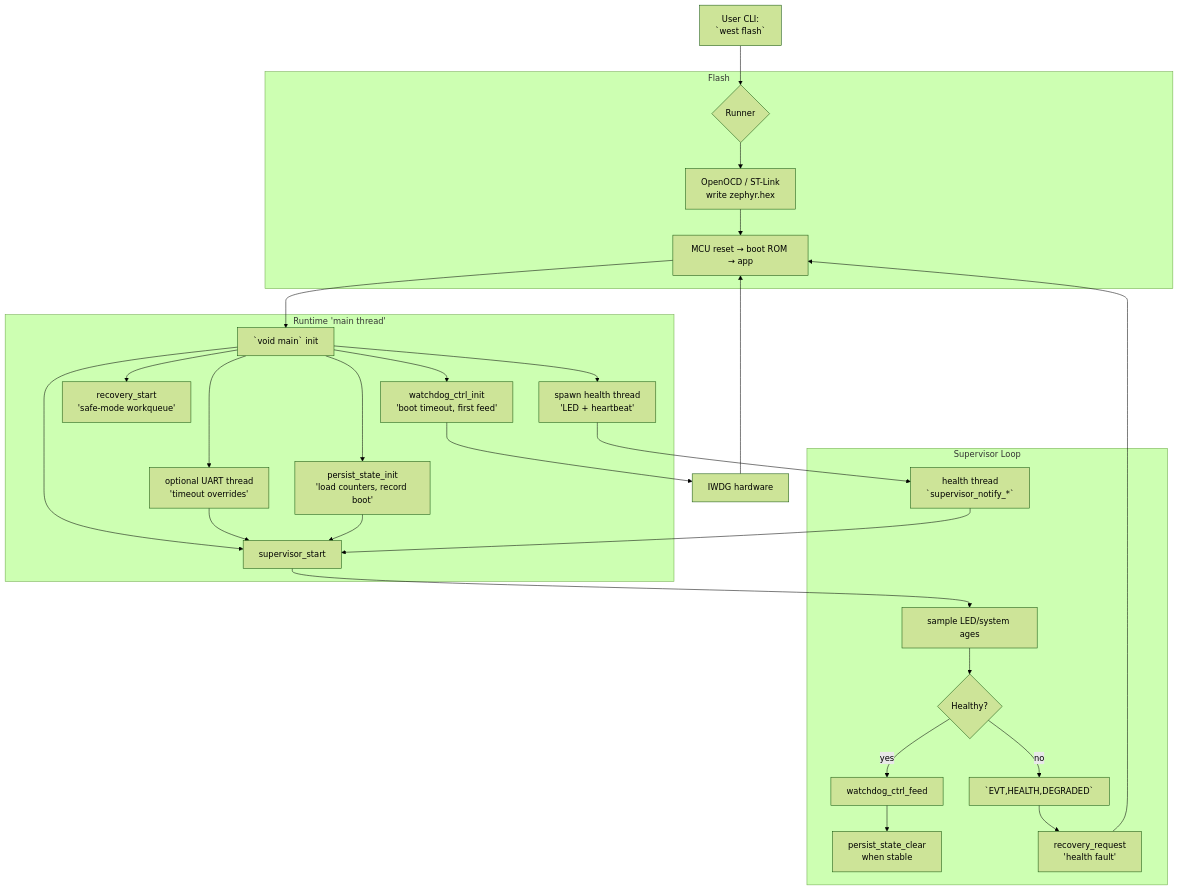
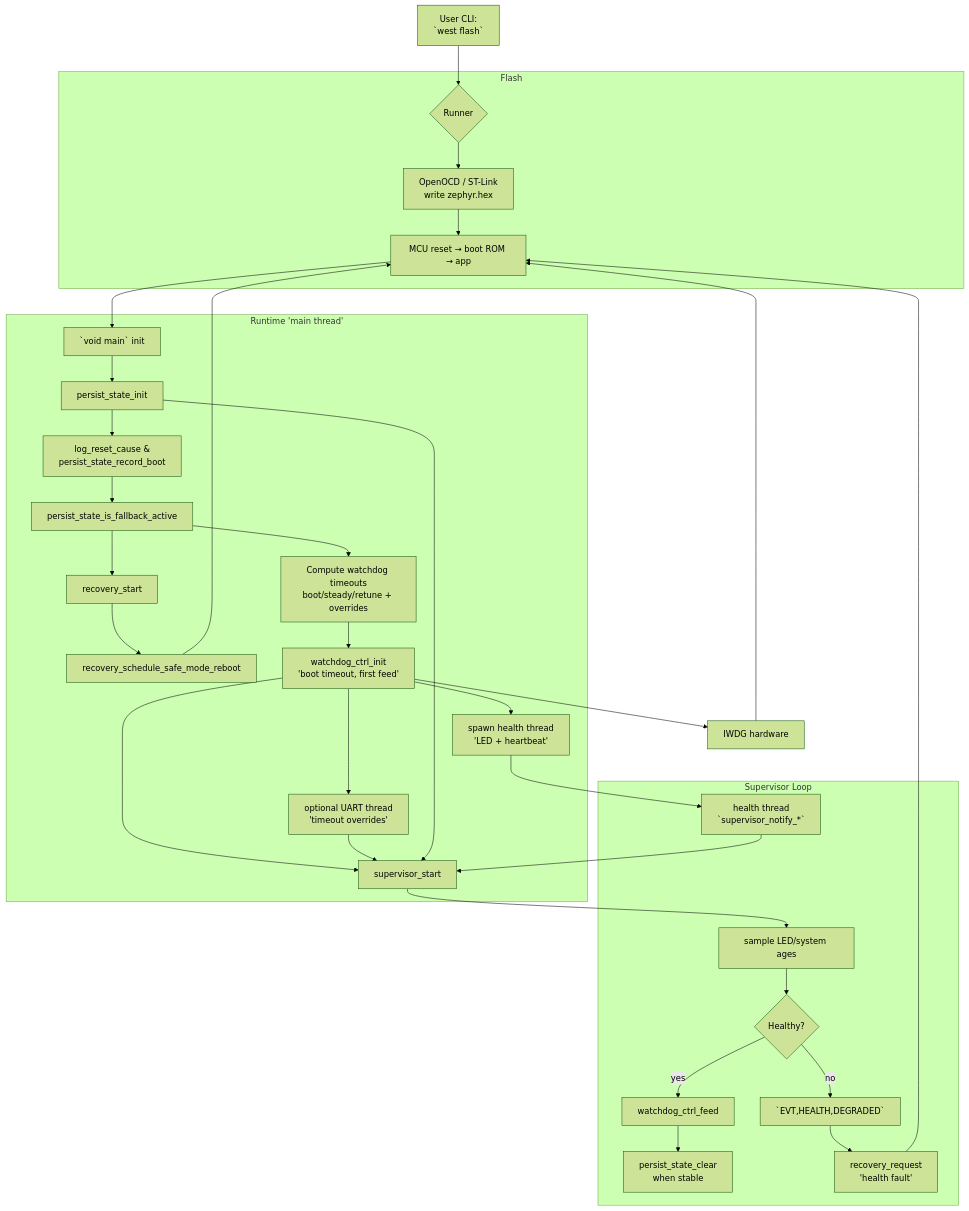
Before and after one commit to ramirezramiro/stm32-zephyr-watchdog-threads: the third of 3 diagrams in README.md, drawn with Mermaid (forest theme). The commit also changed other lines of this file, not shown here.

Commit message:
modify flowcharts

````diff
--- a/README.md
+++ b/README.md
@@ -351,36 +355,41 @@
 ```mermaid
 flowchart TD
   flashCmd[User CLI:<br/>`west flash`] --> runner{Runner}
 
   subgraph Flash
     runner --> program[OpenOCD / ST-Link<br/>write zephyr.hex]
     program --> reset[MCU reset → boot ROM → app]
   end
 
   subgraph Runtime 'main thread'
     reset --> mainInit[`void main` init]
-    mainInit --> persistInit[persist_state_init<br/>'load counters, record boot']
-    mainInit --> watchdogInit[watchdog_ctrl_init<br/>'boot timeout, first feed']
-    mainInit --> recoveryStart[recovery_start<br/>'safe-mode workqueue']
-    mainInit --> supervisorStart[supervisor_start<br/'grace, retune plan']
-    mainInit --> healthSpawn[spawn health thread<br/>'LED + heartbeat']
-    mainInit --> uartSpawn[optional UART thread<br/>'timeout overrides']
+    mainInit --> persistInit[persist_state_init]
+    persistInit --> resetCause[log_reset_cause &<br/>persist_state_record_boot]
+    resetCause --> fallbackCheck[persist_state_is_fallback_active]
+    fallbackCheck --> recoveryStart[recovery_start]
+    recoveryStart --> safeModeSched[recovery_schedule_safe_mode_reboot]
+    fallbackCheck --> timeoutCalc[Compute watchdog timeouts<br/>boot/steady/retune + overrides]
+    timeoutCalc --> watchdogInit[watchdog_ctrl_init<br/>'boot timeout, first feed']
+    watchdogInit --> healthSpawn[spawn health thread<br/>'LED + heartbeat']
+    watchdogInit --> supervisorStart[supervisor_start<br/'grace, retune plan']
+    watchdogInit --> uartSpawn[optional UART thread<br/>'timeout overrides']
   end
 
   subgraph Supervisor Loop
     healthSpawn --> hbNotify[health thread<br/>`supervisor_notify_*`]
     hbNotify --> supervisorStart
     supervisorStart --> healthSample[sample LED/system ages]
     healthSample --> feedGate{Healthy?}
     feedGate -->|yes| feedDog[watchdog_ctrl_feed]
     feedDog --> clearCounters[persist_state_clear<br/>when stable]
     feedGate -->|no| logDegrade[`EVT,HEALTH,DEGRADED`]
     logDegrade --> recoveryReq[recovery_request<br/>'health fault']
-    recoveryReq --> reset
   end
 
   watchdogInit --> iwdgHW[IWDG hardware]
   iwdgHW --> reset
   uartSpawn --> supervisorStart
   persistInit --> supervisorStart
+  recoveryReq --> reset
+  safeModeSched --> reset
 ```
````
